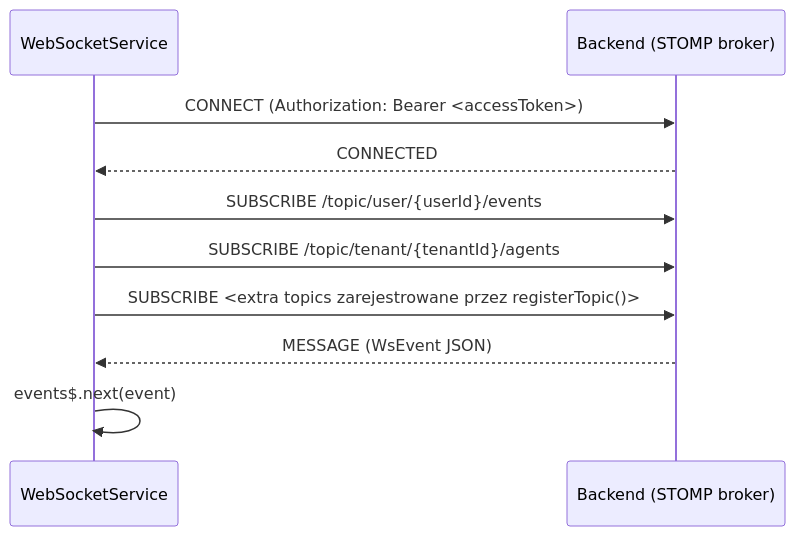
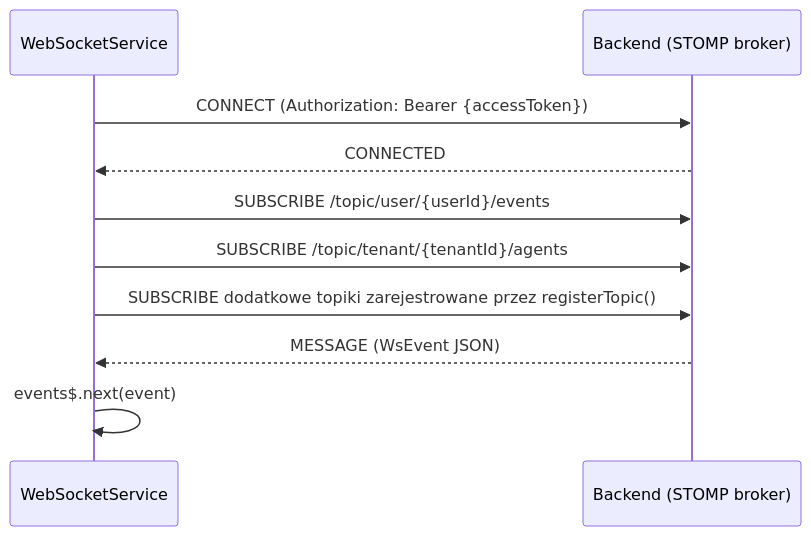
The second of 3 diagrams in documentation/tech/05-frontend.md (gawlik81/contact-center-demo), drawn with Mermaid before and after one commit. The commit also changed 9 other files, not shown here.

First line of the commit message:
docs: dodaj dokumentację integracji Twilio, napraw błędy składni mermaid

````diff
--- a/documentation/tech/05-frontend.md
+++ b/documentation/tech/05-frontend.md
@@ -613,13 +613,13 @@
 ```mermaid
 sequenceDiagram
     participant FE as WebSocketService
     participant BE as Backend (STOMP broker)
 
-    FE->>BE: CONNECT (Authorization: Bearer <accessToken>)
+    FE->>BE: CONNECT (Authorization: Bearer {accessToken})
     BE-->>FE: CONNECTED
     FE->>BE: SUBSCRIBE /topic/user/{userId}/events
     FE->>BE: SUBSCRIBE /topic/tenant/{tenantId}/agents
-    FE->>BE: SUBSCRIBE <extra topics zarejestrowane przez registerTopic()>
+    FE->>BE: SUBSCRIBE dodatkowe topiki zarejestrowane przez registerTopic()
     BE-->>FE: MESSAGE (WsEvent JSON)
     FE->>FE: events$.next(event)
 ```
````
